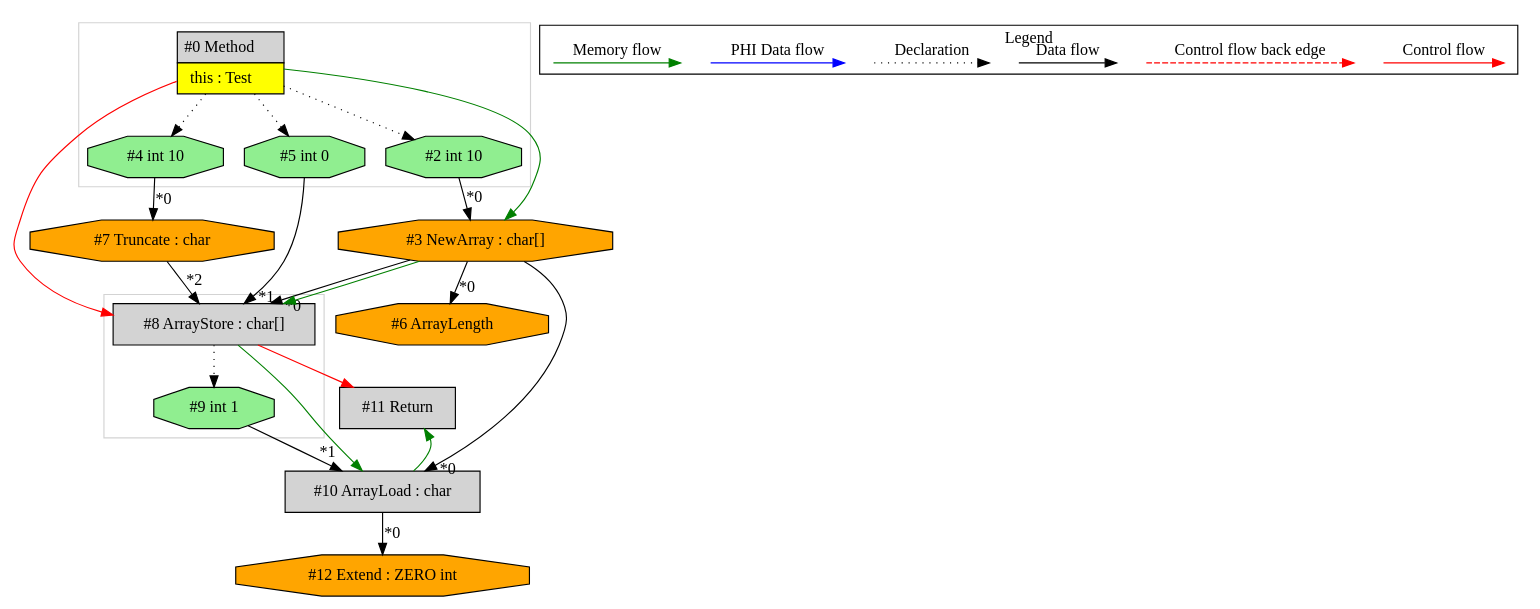
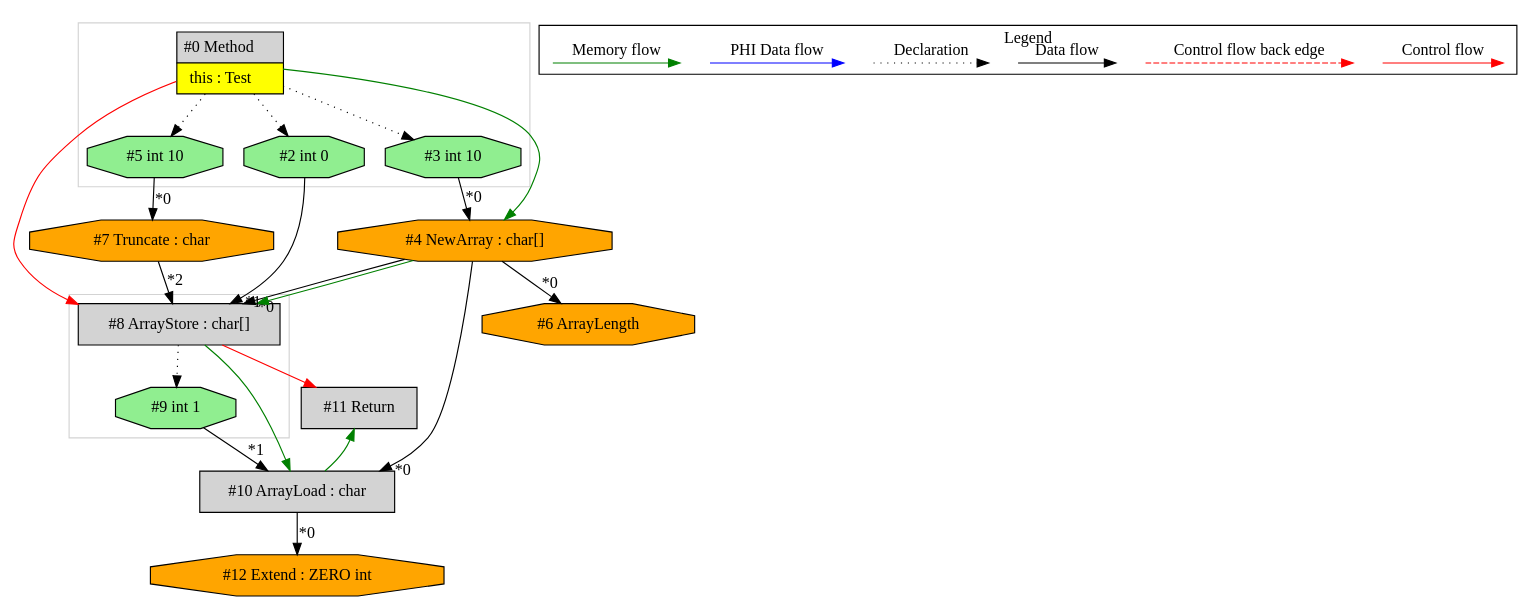
The diagram in de.mirkosertic.metair.ir.OpcodeNEWARRAYTest/test_NEWARRAY_char/ir.dot (mirkosertic/MetaIR), drawn with Graphviz before and after one commit. The commit also changed 1213 other files, not shown here.

```diff
--- a/de.mirkosertic.metair.ir.OpcodeNEWARRAYTest/test_NEWARRAY_char/ir.dot
+++ b/de.mirkosertic.metair.ir.OpcodeNEWARRAYTest/test_NEWARRAY_char/ir.dot
@@ -1,72 +1,72 @@
 digraph {
  ordering="in";
  node0[margin="0", label=<<table border="0" cellborder="1" cellspacing="0" cellpadding="5"><tr><td colspan="1">#0 Method</td></tr><tr><td port="prj1" bgcolor="yellow">this : Test</td></tr></table>>,shape=none, fillcolor=lightgrey, style=filled];
- node5[label="#5 int 0",shape=octagon, fillcolor=lightgreen, style=filled];
- node0 -> node5[style=dotted];
  node8[label="#8 ArrayStore : char[]",shape=box, fillcolor=lightgrey, style=filled];
- node3 -> node8[headlabel="*0", labeldistance=2];
- node5 -> node8[headlabel="*1", labeldistance=2];
+ node4 -> node8[headlabel="*0", labeldistance=2];
+ node2 -> node8[headlabel="*1", labeldistance=2];
  node7 -> node8[headlabel="*2", labeldistance=2];
- node3 -> node8[labeldistance=2, color=green, constraint=false];
+ node4 -> node8[labeldistance=2, color=green, constraint=false];
  node0 -> node8[labeldistance=2, color=red, fontcolor=red];
- node3[label="#3 NewArray : char[]",shape=octagon, fillcolor=orange, style=filled];
- node2 -> node3[headlabel="*0", labeldistance=2];
- node0 -> node3[labeldistance=2, color=green, constraint=false];
- node2[label="#2 int 10",shape=octagon, fillcolor=lightgreen, style=filled];
- node0 -> node2[style=dotted];
- node6[label="#6 ArrayLength",shape=octagon, fillcolor=orange, style=filled];
- node3 -> node6[headlabel="*0", labeldistance=2];
+ node4[label="#4 NewArray : char[]",shape=octagon, fillcolor=orange, style=filled];
+ node3 -> node4[headlabel="*0", labeldistance=2];
+ node0 -> node4[labeldistance=2, color=green, constraint=false];
+ node3[label="#3 int 10",shape=octagon, fillcolor=lightgreen, style=filled];
+ node0 -> node3[style=dotted];
  node10[label="#10 ArrayLoad : char",shape=box, fillcolor=lightgrey, style=filled];
- node3 -> node10[headlabel="*0", labeldistance=2];
+ node4 -> node10[headlabel="*0", labeldistance=2];
  node9 -> node10[headlabel="*1", labeldistance=2];
  node8 -> node10[labeldistance=2, color=green, constraint=false];
  node9[label="#9 int 1",shape=octagon, fillcolor=lightgreen, style=filled];
  node8 -> node9[style=dotted];
+ node12[label="#12 Extend : ZERO int",shape=octagon, fillcolor=orange, style=filled];
+ node10 -> node12[headlabel="*0", labeldistance=2];
  node11[label="#11 Return",shape=box, fillcolor=lightgrey, style=filled];
  node8 -> node11[labeldistance=2, color=red, fontcolor=red];
  node10 -> node11[labeldistance=2, color=green, constraint=false];
- node12[label="#12 Extend : ZERO int",shape=octagon, fillcolor=orange, style=filled];
- node10 -> node12[headlabel="*0", labeldistance=2];
+ node6[label="#6 ArrayLength",shape=octagon, fillcolor=orange, style=filled];
+ node4 -> node6[headlabel="*0", labeldistance=2];
  node7[label="#7 Truncate : char",shape=octagon, fillcolor=orange, style=filled];
- node4 -> node7[headlabel="*0", labeldistance=2];
- node4[label="#4 int 10",shape=octagon, fillcolor=lightgreen, style=filled];
- node0 -> node4[style=dotted];
+ node5 -> node7[headlabel="*0", labeldistance=2];
+ node5[label="#5 int 10",shape=octagon, fillcolor=lightgreen, style=filled];
+ node0 -> node5[style=dotted];
+ node2[label="#2 int 0",shape=octagon, fillcolor=lightgreen, style=filled];
+ node0 -> node2[style=dotted];
  subgraph cluster_0 {
   color=lightgray;
   node0;
   node2;
-  node4;
+  node3;
   node5;
  }
  subgraph cluster_1 {
   color=lightgray;
   node8;
   node9;
  }
  subgraph cluster_000 {
   label = "Legend";
   node [shape=point]
   {
    rank=same;
    c0 [style = invis];
    c1 [style = invis];
    c2 [style = invis];
    c3 [style = invis];
    d0 [style = invis];
    d1 [style = invis];
    d2 [style = invis];
    d3 [style = invis];
    d4 [style = invis];
    d5 [style = invis];
    d6 [style = invis];
    d7 [style = invis];
   }
   c0 -> c1 [label="Control flow", style=solid, color=red]
   c2 -> c3 [label="Control flow back edge", style=dashed, color=red]
   d0 -> d1 [label="Data flow"]
   d2 -> d3 [label="Declaration", style=dotted]
   d4 -> d5 [label="PHI Data flow", color=blue]
   d6 -> d7 [label="Memory flow", color=green]
  }
 
 }
```
